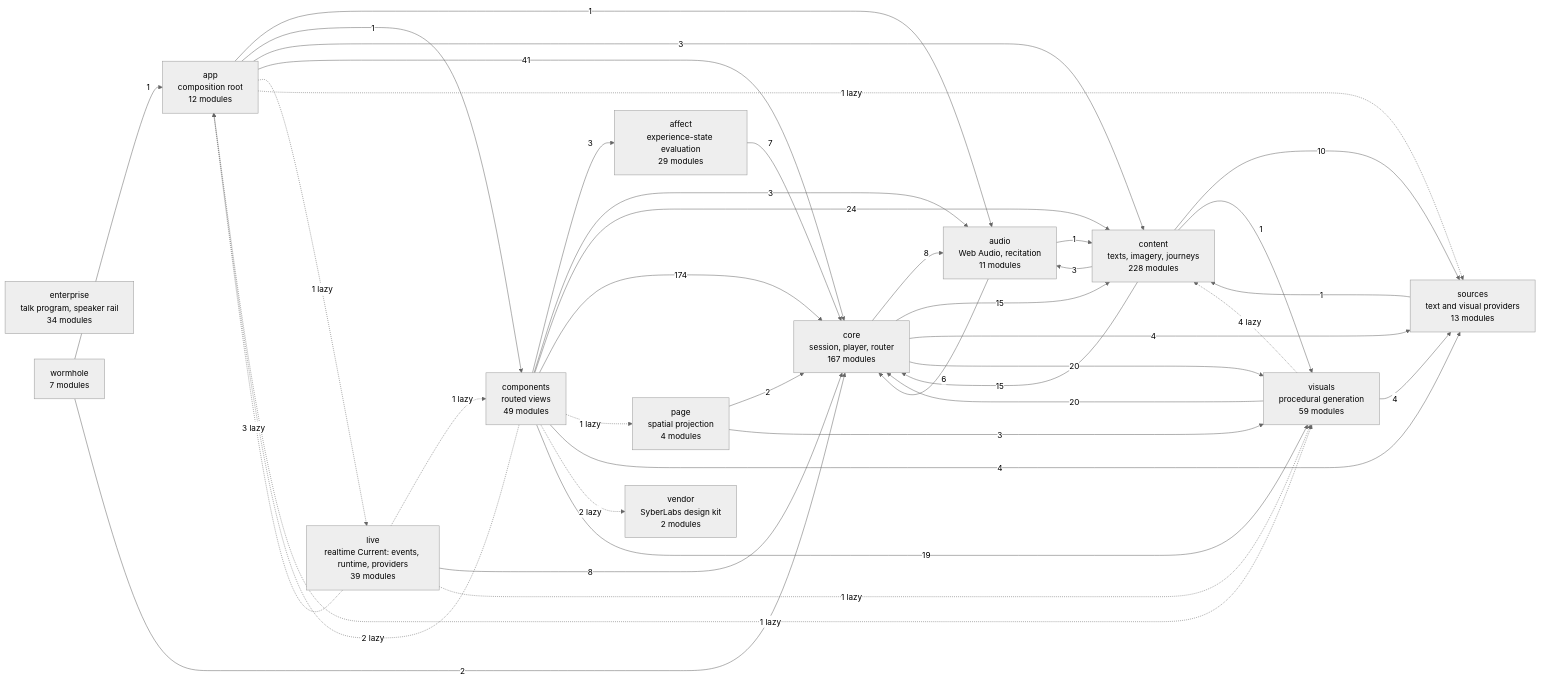
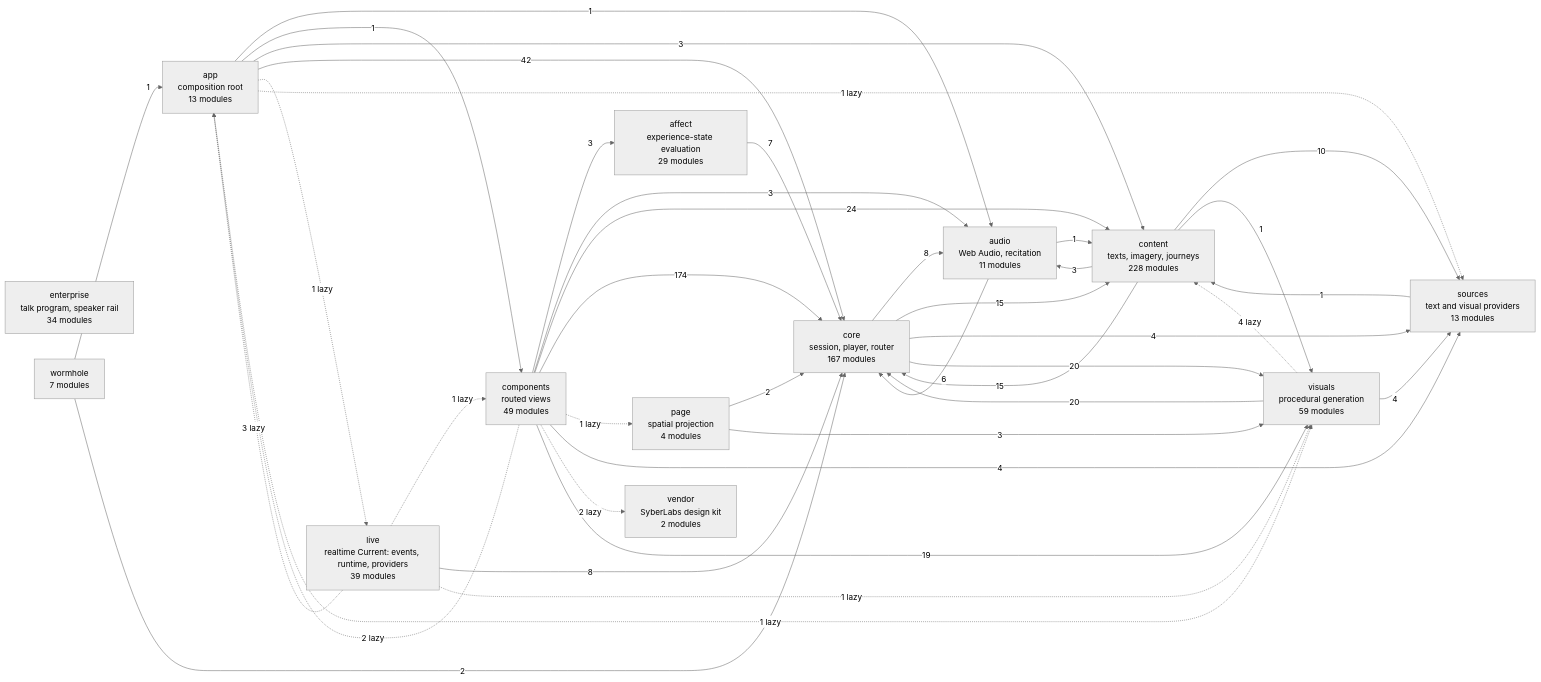
The diagram in docs/specs/ARCHITECTURE.md (SyberLabs/RISE), drawn with Mermaid (neutral theme) before and after one commit. The commit also changed 3 other files, not shown here.

````diff
--- a/docs/specs/ARCHITECTURE.md
+++ b/docs/specs/ARCHITECTURE.md
@@ -160,56 +160,56 @@
 ```mermaid
 flowchart LR
     affect["affect<br/>experience-state evaluation<br/>29 modules"]
-    app["app<br/>composition root<br/>12 modules"]
+    app["app<br/>composition root<br/>13 modules"]
     audio["audio<br/>Web Audio, recitation<br/>11 modules"]
     components["components<br/>routed views<br/>49 modules"]
     content["content<br/>texts, imagery, journeys<br/>228 modules"]
     core["core<br/>session, player, router<br/>167 modules"]
     enterprise["enterprise<br/>talk program, speaker rail<br/>34 modules"]
     live["live<br/>realtime Current: events, runtime, providers<br/>39 modules"]
     page["page<br/>spatial projection<br/>4 modules"]
     sources["sources<br/>text and visual providers<br/>13 modules"]
     vendor["vendor<br/>SyberLabs design kit<br/>2 modules"]
     visuals["visuals<br/>procedural generation<br/>59 modules"]
     wormhole["wormhole<br/>7 modules"]
 
     affect --> |7| core
     app --> |1| audio
     app --> |1| components
     app --> |3| content
-    app --> |41| core
+    app --> |42| core
     app -.-> |1 lazy| live
     app -.-> |1 lazy| sources
     app -.-> |1 lazy| visuals
     audio --> |1| content
     audio --> |6| core
     components --> |3| affect
     components -.-> |2 lazy| app
     components --> |3| audio
     components --> |24| content
     components --> |174| core
     components -.-> |1 lazy| page
     components --> |4| sources
     components -.-> |2 lazy| vendor
     components --> |19| visuals
     content --> |3| audio
     content --> |15| core
     content --> |10| sources
     content --> |1| visuals
     core --> |8| audio
     core --> |15| content
     core --> |4| sources
     core --> |20| visuals
     live -.-> |3 lazy| app
     live -.-> |1 lazy| components
     live --> |8| core
     live -.-> |1 lazy| visuals
     page --> |2| core
     page --> |3| visuals
     sources --> |1| content
     visuals -.-> |4 lazy| content
     visuals --> |20| core
     visuals --> |4| sources
     wormhole --> |1| app
     wormhole --> |2| core
 ```
````
